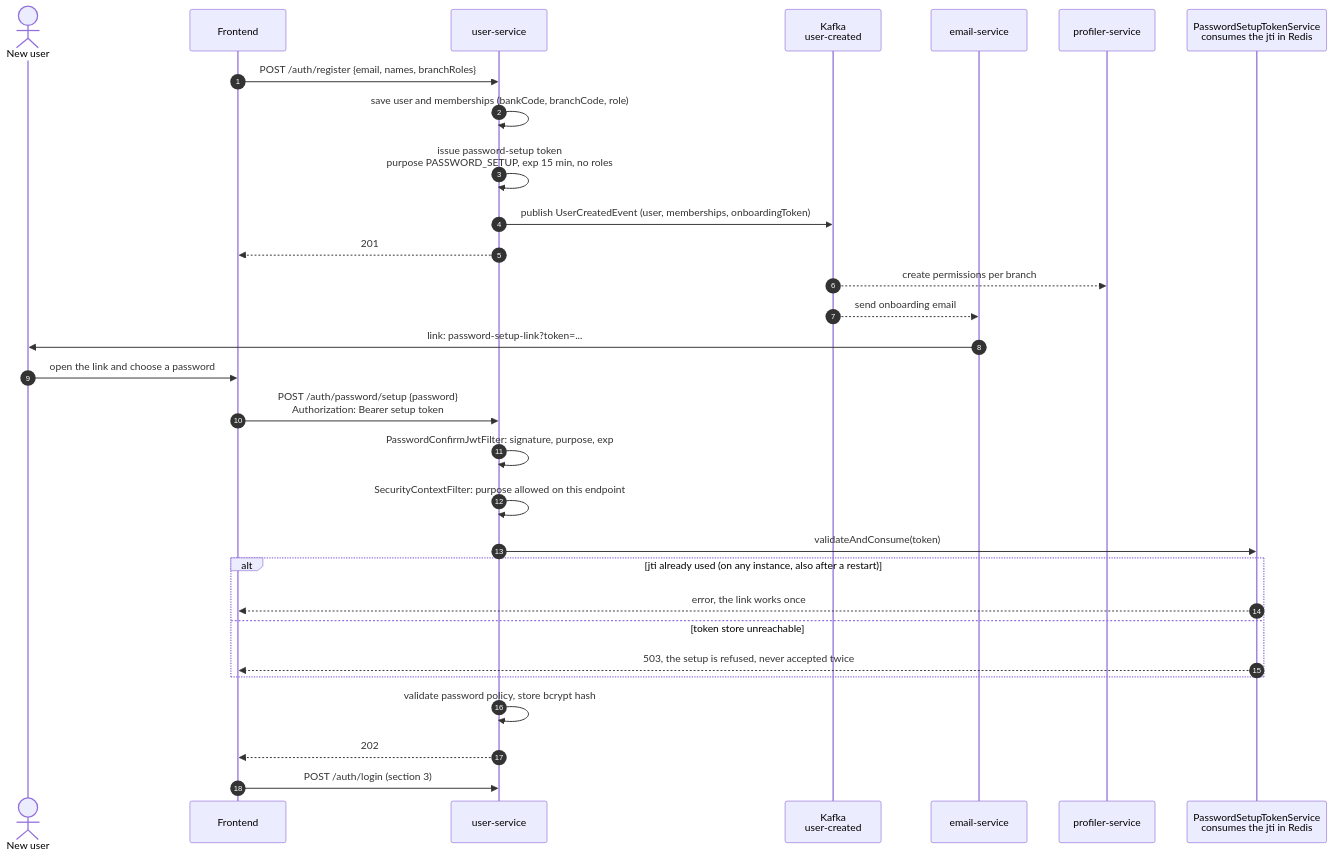
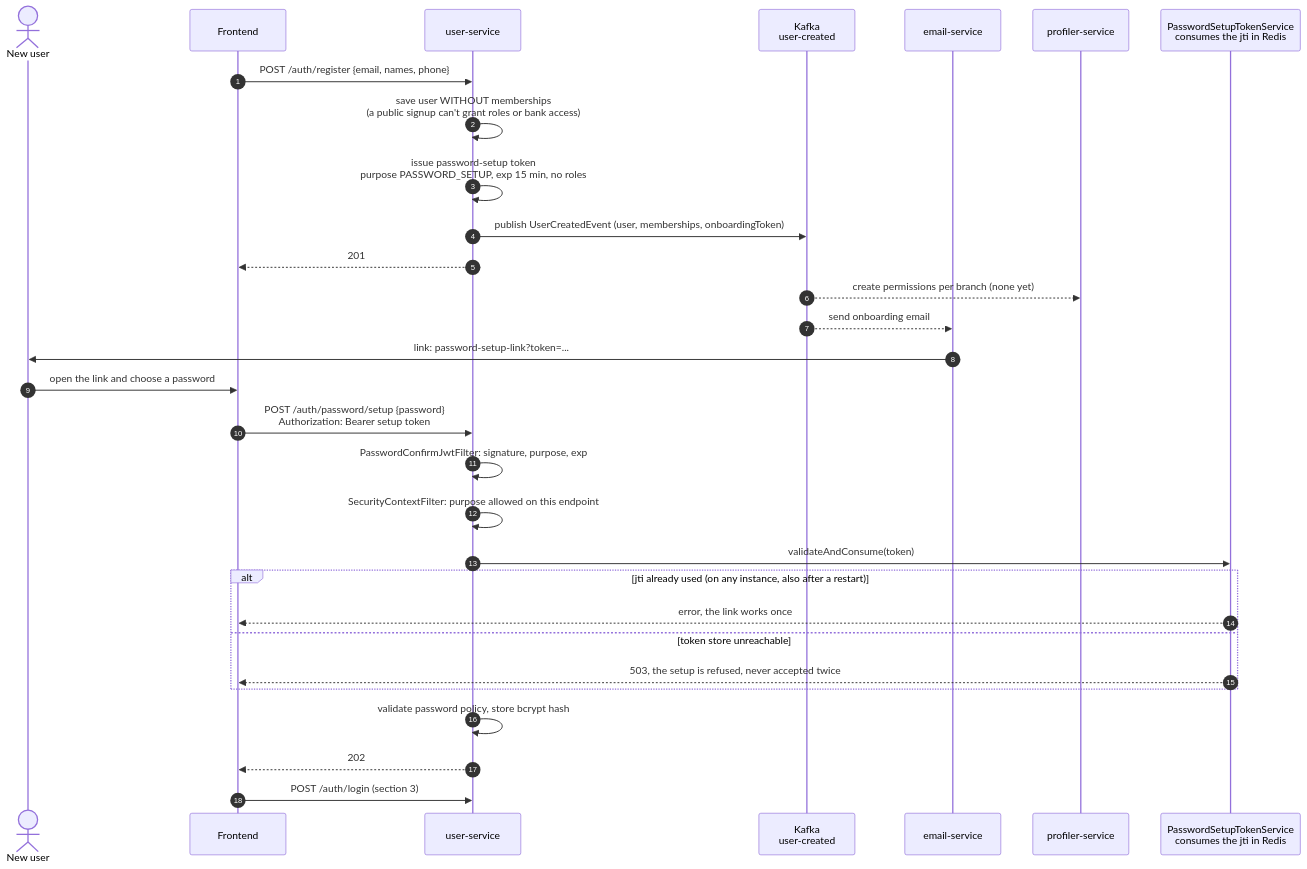
One commit to RaffSStein/Wealth-Management-Platform-BE changed the fifth of 7 diagrams in docs/domain/process/security/jwt-authentication.md. Above: the diagram before and after it, drawn with Mermaid. The commit also changed other lines of this file and 6 other files, not shown here.

First line of the commit message:
fix(user-service): stop public registration from granting memberships

````diff
--- a/docs/domain/process/security/jwt-authentication.md
+++ b/docs/domain/process/security/jwt-authentication.md
@@ -213,33 +213,33 @@
 ```mermaid
 sequenceDiagram
     autonumber
     actor U as New user
     participant FE as Frontend
     participant US as user-service
     participant K as Kafka<br/>user-created
     participant ES as email-service
     participant PR as profiler-service
     participant PS as PasswordSetupTokenService<br/>consumes the jti in Redis
 
-    FE->>US: POST /auth/register {email, names, branchRoles}
-    US->>US: save user and memberships (bankCode, branchCode, role)
+    FE->>US: POST /auth/register {email, names, phone}
+    US->>US: save user WITHOUT memberships<br/>(a public signup can't grant roles or bank access)
     US->>US: issue password-setup token<br/>purpose PASSWORD_SETUP, exp 15 min, no roles
     US->>K: publish UserCreatedEvent (user, memberships, onboardingToken)
     US-->>FE: 201
-    K-->>PR: create permissions per branch
+    K-->>PR: create permissions per branch (none yet)
     K-->>ES: send onboarding email
     ES->>U: link: password-setup-link?token=...
     U->>FE: open the link and choose a password
     FE->>US: POST /auth/password/setup {password}<br/>Authorization: Bearer setup token
     US->>US: PasswordConfirmJwtFilter: signature, purpose, exp
     US->>US: SecurityContextFilter: purpose allowed on this endpoint
     US->>PS: validateAndConsume(token)
     alt jti already used (on any instance, also after a restart)
         PS-->>FE: error, the link works once
     else token store unreachable
         PS-->>FE: 503, the setup is refused, never accepted twice
     end
     US->>US: validate password policy, store bcrypt hash
     US-->>FE: 202
     FE->>US: POST /auth/login (section 3)
 ```
````
